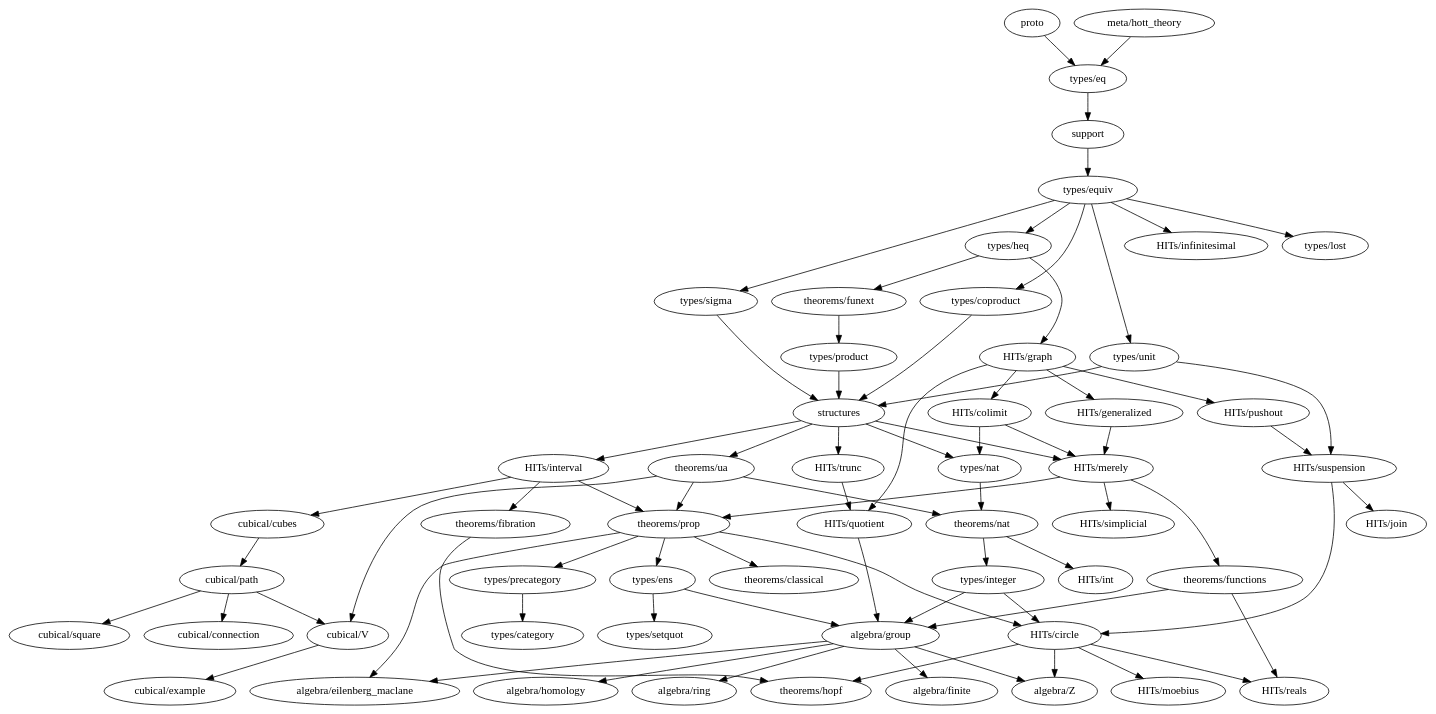
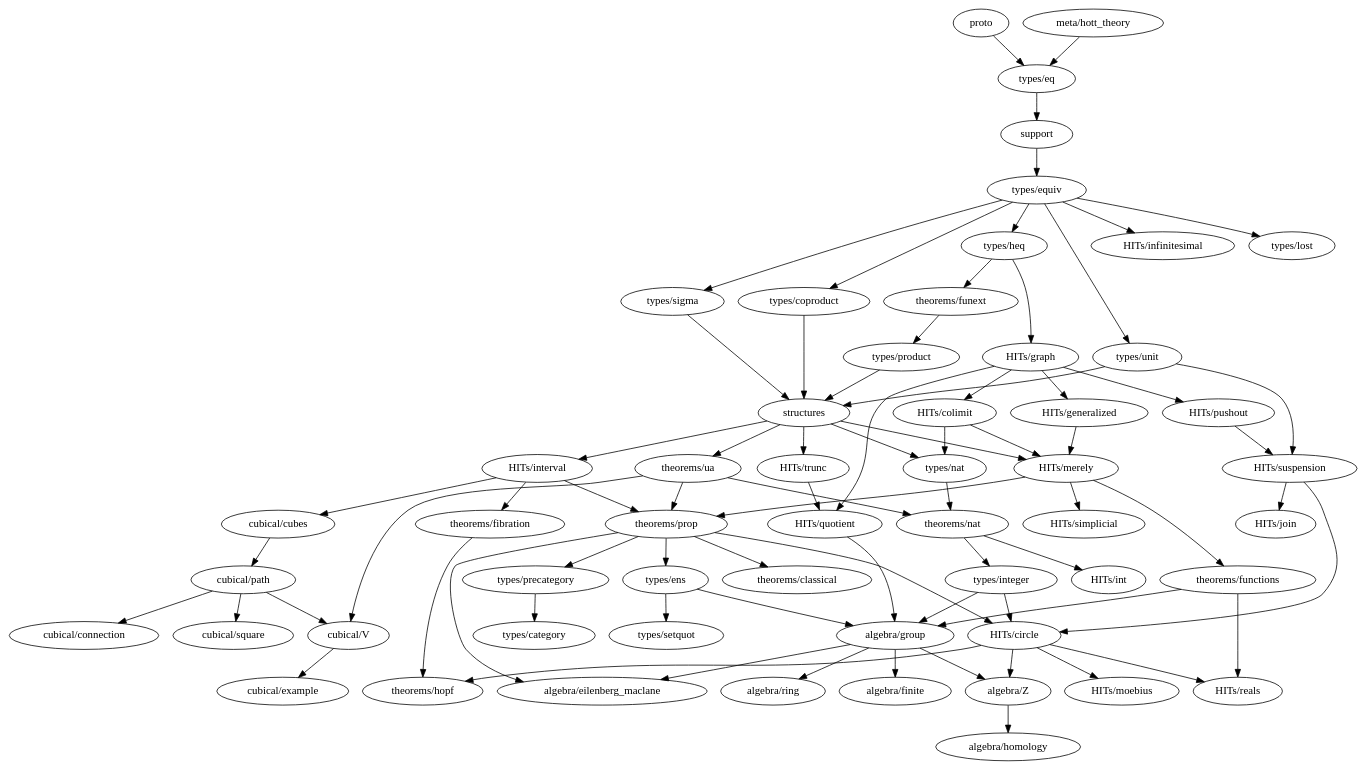
Before and after one commit to forked-from-1kasper/ground_zero: the diagram in dependency-map.gv, drawn with Graphviz. The commit also changed 3 other files, not shown here.

```diff
--- a/dependency-map.gv
+++ b/dependency-map.gv
@@ -1,128 +1,127 @@
 digraph dependency_map {
   proto -> "types/eq"
   "meta/hott_theory" -> "types/eq"
   support -> "types/equiv"
   structures -> {
     "HITs/interval",
     "HITs/merely",
     "HITs/trunc",
     "types/nat",
     "theorems/ua"
   }
 
   subgraph algebra {
     "algebra/eilenberg_maclane"
     "algebra/finite"
     "algebra/group" -> {
       "algebra/eilenberg_maclane",
       "algebra/finite",
-      "algebra/homology",
       "algebra/ring",
       "algebra/Z"
     }
     "algebra/homology"
     "algebra/ring"
-    "algebra/Z"
+    "algebra/Z" -> { "algebra/homology" }
   }
 
   subgraph types {
     "types/category"
     "types/coproduct" -> { structures }
     "types/eq" -> { support }
     "types/ens" -> { "algebra/group", "types/setquot" }
     "types/equiv" -> {
       "types/heq",
       "HITs/infinitesimal",
       "types/coproduct",
       "types/lost",
       "types/unit",
       "types/sigma"
     }
     "types/heq" -> {
       "HITs/graph", "theorems/funext"
     }
     "types/integer" -> {
       "algebra/group",
       "HITs/circle"
     }
     "types/lost"
     "types/nat" -> { "theorems/nat" }
     "types/precategory" -> { "types/category" }
     "types/product" -> { structures }
     "types/setquot"
     "types/sigma" -> { structures }
     "types/unit" -> { structures, "HITs/suspension" }
   }
 
   subgraph HITs {
     "HITs/circle" -> {
       "algebra/Z",
       "theorems/hopf",
       "HITs/moebius",
       "HITs/reals"
     }
     "HITs/colimit" -> { "HITs/merely", "types/nat" }
     "HITs/generalized" -> "HITs/merely"
     "HITs/graph" -> {
       "HITs/colimit",
       "HITs/generalized",
       "HITs/pushout",
       "HITs/quotient"
     }
     "HITs/infinitesimal"
     "HITs/interval" -> {
       "cubical/cubes",
       "theorems/prop",
       "theorems/fibration"
     }
     "HITs/join"
     "HITs/merely" -> {
       "theorems/prop",
       "HITs/simplicial",
       "theorems/functions"
     }
     "HITs/moebius"
     "HITs/pushout" -> {
       "HITs/suspension"
     }
     "HITs/quotient" -> { "algebra/group" }
     "HITs/reals"
     "HITs/simplicial"
     "HITs/suspension" -> { "HITs/circle", "HITs/join" }
     "HITs/trunc" -> { "HITs/quotient" }
   }
 
   subgraph cubical {
     "cubical/connection"
     "cubical/cubes" -> "cubical/path"
     "cubical/example"
     "cubical/path" -> {
       "cubical/square",
       "cubical/V",
       "cubical/connection"
     }
     "cubical/square"
     "cubical/V" -> { "cubical/example" }
   }
 
   subgraph theorems {
     "theorems/classical"
     "theorems/fibration" -> { "theorems/hopf" }
     "theorems/functions" -> { "HITs/reals", "algebra/group" }
     "theorems/funext" -> { "types/product" }
     "theorems/hopf"
     "theorems/nat" -> { "HITs/int", "types/integer" }
     "theorems/prop" -> {
       "algebra/eilenberg_maclane",
       "HITs/circle",
       "types/ens",
       "types/precategory",
       "theorems/classical"
     }
     "theorems/ua" -> {
       "theorems/nat",
       "theorems/prop",
       "cubical/V"
     }
   }
 }
```
